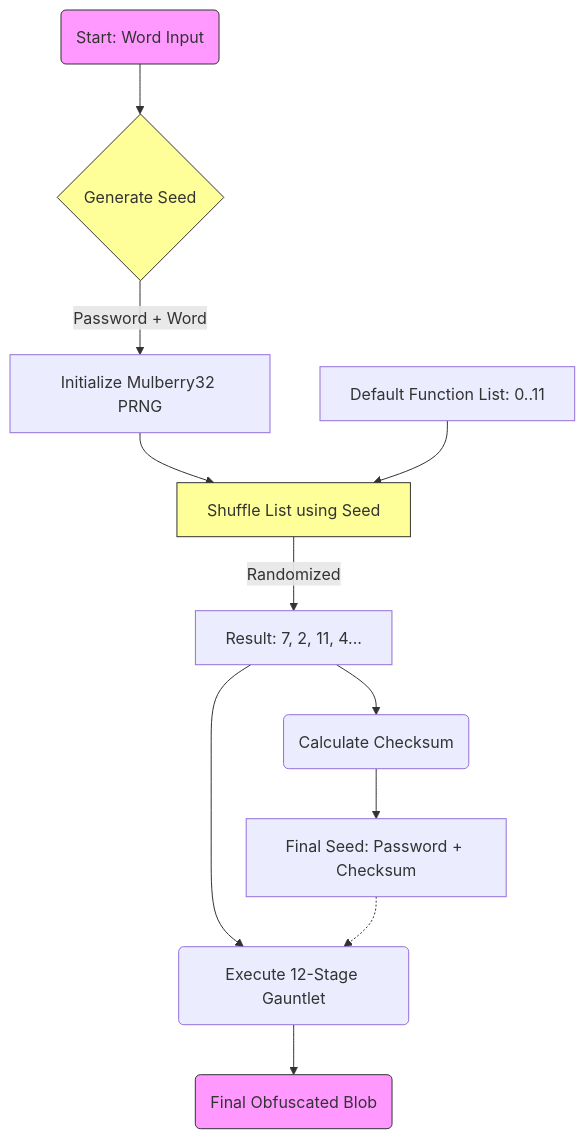
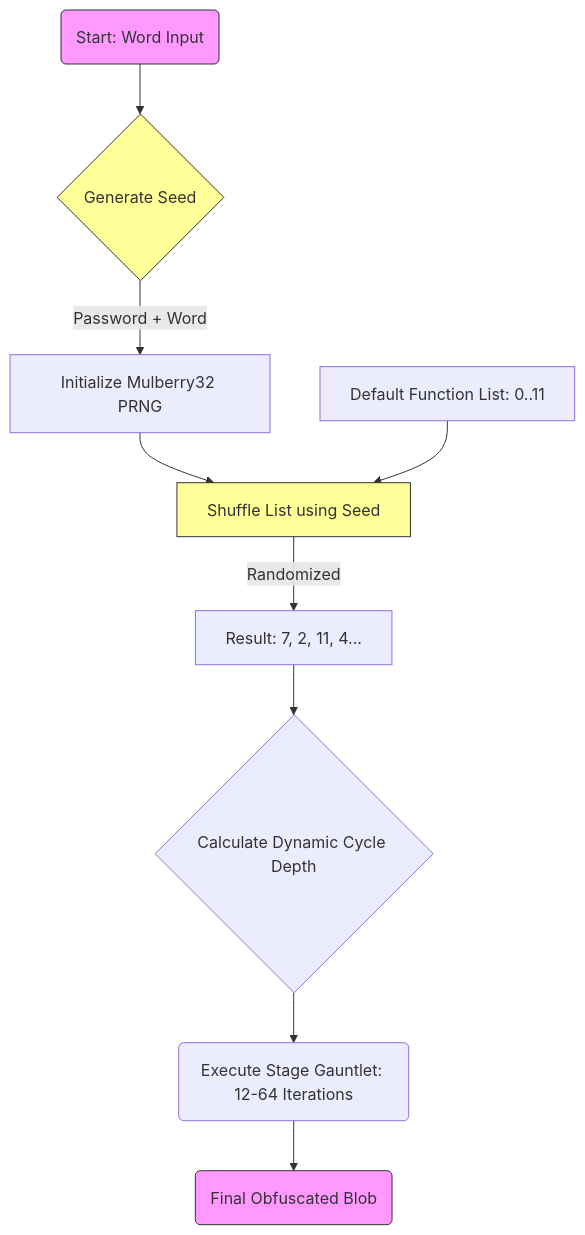
One commit to Kryklin/darkstar changed the second of 4 diagrams in DARKSTAR_ARCHITECTURE.md. Above: the diagram before and after it, drawn with Mermaid. The commit also changed other lines of this file and 27 other files, not shown here.

````diff
--- a/DARKSTAR_ARCHITECTURE.md
+++ b/DARKSTAR_ARCHITECTURE.md
@@ -60,38 +60,31 @@
 ```mermaid
 flowchart TD
     %% Nodes
     Start(Start: Word Input)
     SeedGen{Generate Seed}
     PRNG[Initialize Mulberry32 PRNG]
 
     DefaultList[Default Function List: 0..11]
     Shuffle[Shuffle List using Seed]
     ShuffledList[Result: 7, 2, 11, 4...]
 
-    Checksum(Calculate Checksum)
-    FinalSeed[Final Seed: Password + Checksum]
-
-    Execute(Execute 12-Stage Gauntlet)
+    CycleDepth{Calculate Dynamic Cycle Depth}
+    Execute(Execute Stage Gauntlet: 12-64 Iterations)
     Result(Final Obfuscated Blob)
 
     %% Connections
     Start --> SeedGen
     SeedGen -->|Password + Word| PRNG
-
     PRNG --> Shuffle
     DefaultList --> Shuffle
     Shuffle -->|Randomized| ShuffledList
 
-    ShuffledList --> Checksum
-    ShuffledList --> Execute
-
-    Checksum --> FinalSeed
-    FinalSeed -.-> Execute
-
+    ShuffledList --> CycleDepth
+    CycleDepth --> Execute
     Execute --> Result
 
     style Start fill:#f9f,stroke:#333
     style SeedGen fill:#ff9,stroke:#333
     style Result fill:#f9f,stroke:#333
     style Shuffle fill:#ff9,stroke:#333
 ```
````
